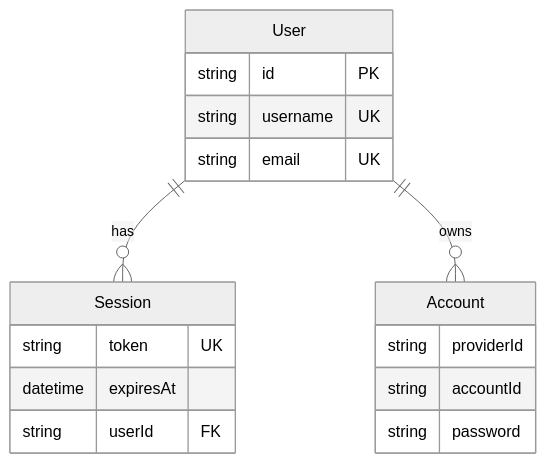
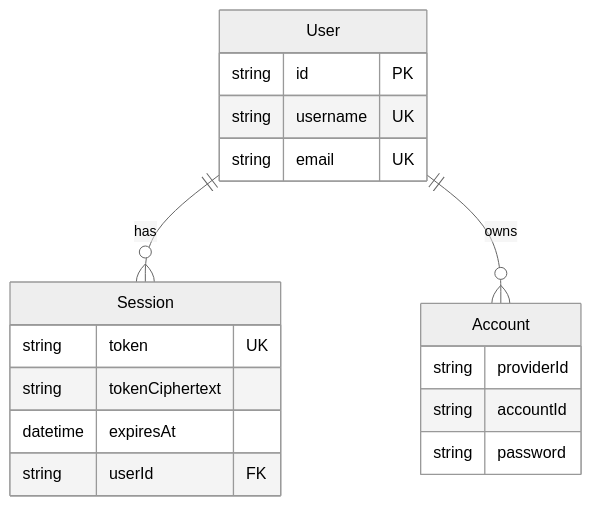
Before and after one commit to SynapseOperator/mq-story-blog: the second of 2 diagrams in docs/engineering/AUTHENTICATION.md, drawn with Mermaid (neutral theme). The commit also changed other lines of this file and 78 other files, not shown here.

````diff
--- a/docs/engineering/AUTHENTICATION.md
+++ b/docs/engineering/AUTHENTICATION.md
@@ -37,14 +37,15 @@
 ```mermaid
 erDiagram
   User ||--o{ Session : has
   User ||--o{ Account : owns
   User { string id PK
     string username UK
     string email UK }
   Session { string token UK
+    string tokenCiphertext
     datetime expiresAt
     string userId FK }
   Account { string providerId
     string accountId
     string password }
 ```
````
